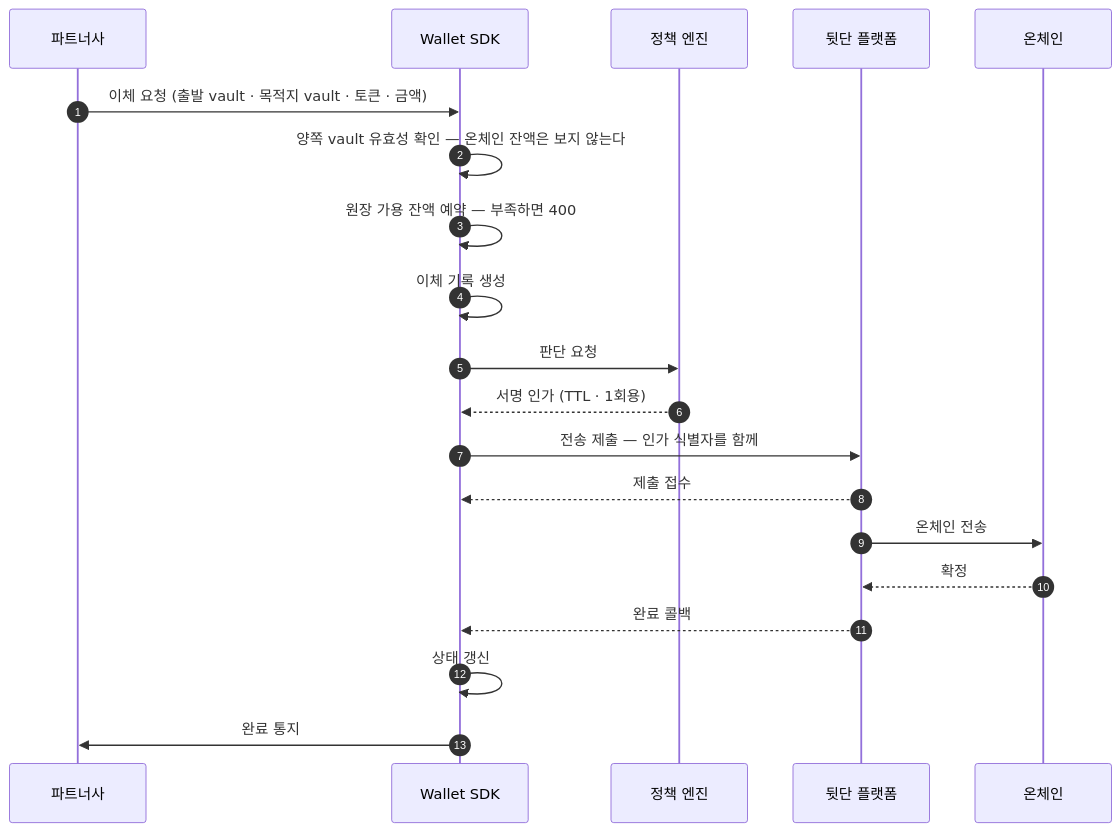
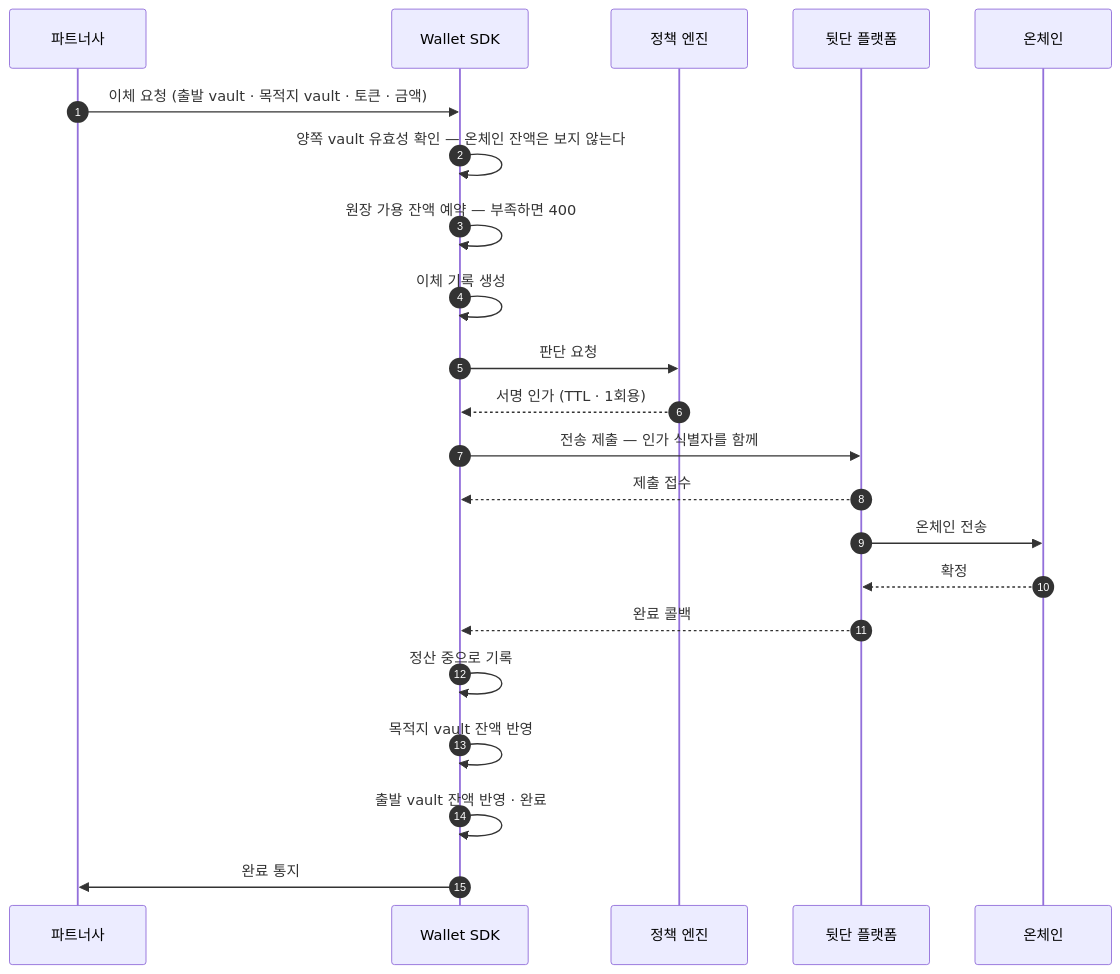
Before and after one commit to eunsujeo/fireblocks-test: the diagram in docs/wallet-sdk/fund-flows/vault-transfer.md, drawn with Mermaid. The commit also changed other lines of this file and 658 other files, not shown here.

````diff
--- a/docs/wallet-sdk/fund-flows/vault-transfer.md
+++ b/docs/wallet-sdk/fund-flows/vault-transfer.md
@@ -22,23 +22,25 @@
 ```mermaid
 sequenceDiagram
     autonumber
     participant PT as 파트너사
     participant SYS as Wallet SDK
     participant POL as 정책 엔진
     participant PROV as 뒷단 플랫폼
     participant OC as 온체인
 
     PT->>SYS: 이체 요청 (출발 vault · 목적지 vault · 토큰 · 금액)
     SYS->>SYS: 양쪽 vault 유효성 확인 — 온체인 잔액은 보지 않는다
     SYS->>SYS: 원장 가용 잔액 예약 — 부족하면 400
     SYS->>SYS: 이체 기록 생성
     SYS->>POL: 판단 요청
     POL-->>SYS: 서명 인가 (TTL · 1회용)
     SYS->>PROV: 전송 제출 — 인가 식별자를 함께
     PROV-->>SYS: 제출 접수
     PROV->>OC: 온체인 전송
     OC-->>PROV: 확정
     PROV-->>SYS: 완료 콜백
-    SYS->>SYS: 상태 갱신
+    SYS->>SYS: 정산 중으로 기록
+    SYS->>SYS: 목적지 vault 잔액 반영
+    SYS->>SYS: 출발 vault 잔액 반영 · 완료
     SYS->>PT: 완료 통지
 ```
````
